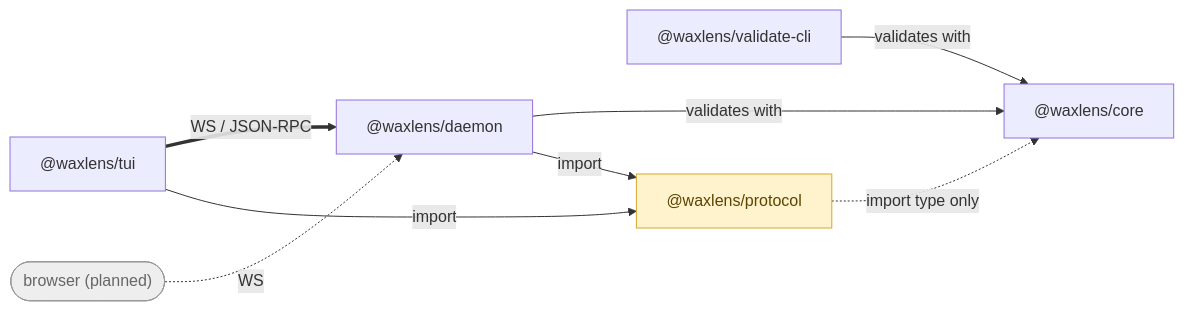
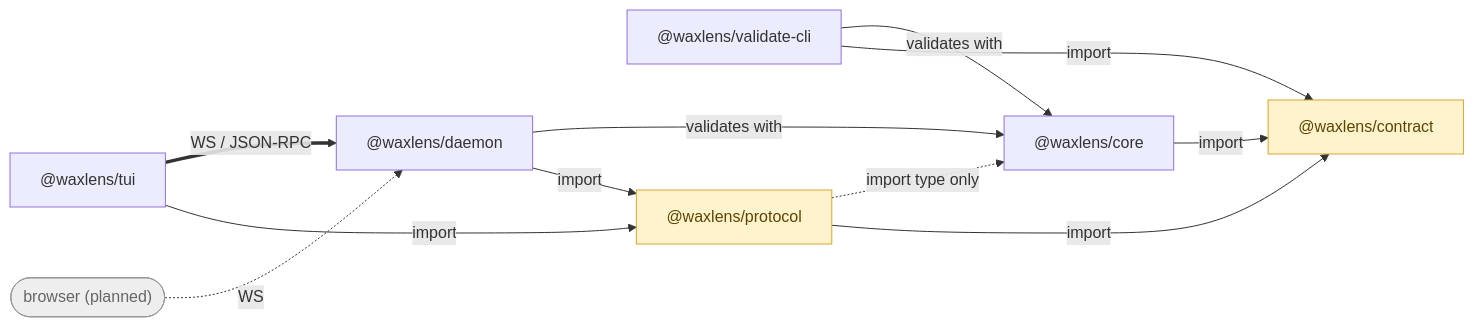
Before and after one commit to uraitakahito/waxlens: the diagram in docs-site/src/content/docs/architecture.md, drawn with Mermaid. The commit also changed other lines of this file and 26 other files, not shown here.

First line of the commit message:
feat!: 共有語彙を @waxlens/contract に集約する (#134)

````diff
--- a/docs-site/src/content/docs/architecture.md
+++ b/docs-site/src/content/docs/architecture.md
@@ -25,15 +26,18 @@
 ```mermaid
 flowchart LR
     tui["@waxlens/tui"] ==>|"WS / JSON-RPC"| daemon["@waxlens/daemon"]
     browser(["browser (planned)"]) -.->|"WS"| daemon
     cli["@waxlens/validate-cli"] -->|validates with| core["@waxlens/core"]
     daemon -->|validates with| core
     tui -->|import| protocol["@waxlens/protocol"]
     daemon -->|import| protocol
     protocol -.->|"import type only"| core
+    core -->|import| shared["@waxlens/contract"]
+    protocol -->|import| shared
+    cli -->|import| shared
 
-    classDef contract fill:#fff3cd,stroke:#d4a72c,color:#5c4500;
+    classDef shared fill:#fff3cd,stroke:#d4a72c,color:#5c4500;
     classDef future fill:#eeeeee,stroke:#999999,color:#666666;
-    class protocol contract;
+    class shared,protocol shared;
     class browser future;
 ```
````
